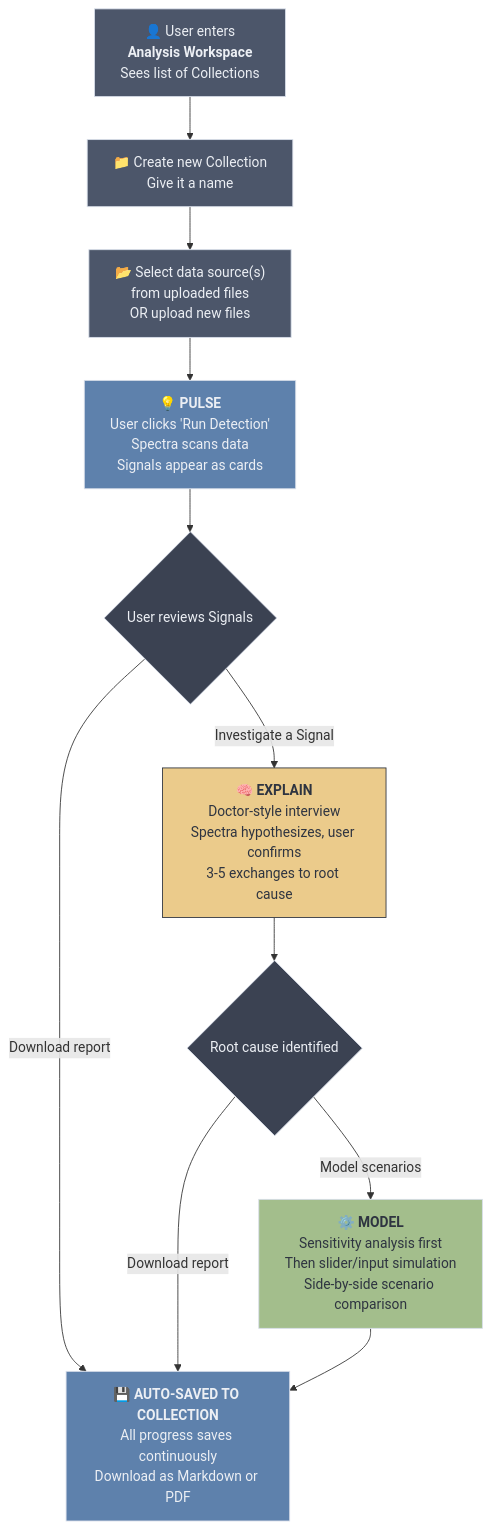
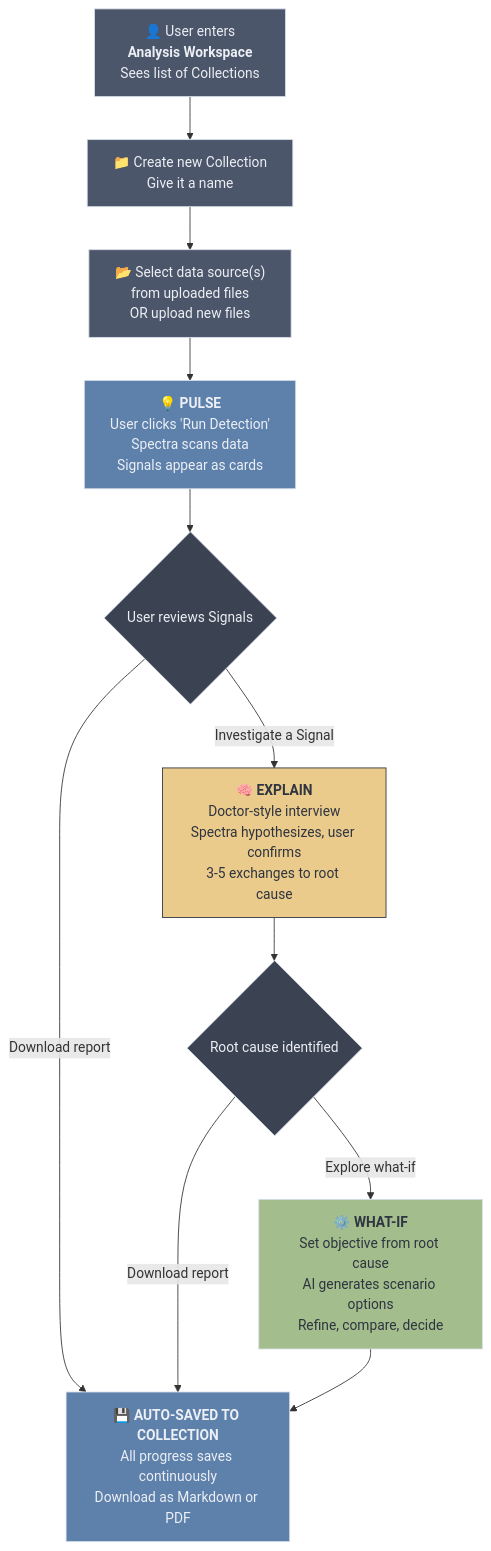
One commit to nuelo-ai/nuelo-spectra changed the fifth of 12 diagrams in requirements/brainstorm-idea-1.md. Above: the diagram before and after it, drawn with Mermaid. The commit also changed other lines of this file and 22 other files, not shown here.

````diff
--- a/requirements/brainstorm-idea-1.md
+++ b/requirements/brainstorm-idea-1.md
@@ -311,32 +317,32 @@
 ```mermaid
 graph TD
     Start["👤 User enters<br/><b>Analysis Workspace</b><br/>Sees list of Collections"] --> Create["📁 Create new Collection<br/>Give it a name"]
     Create --> Pick["📂 Select data source(s)<br/>from uploaded files<br/>OR upload new files"]
     Pick --> Pulse["💡 <b>PULSE</b><br/>User clicks 'Run Detection'<br/>Spectra scans data<br/>Signals appear as cards"]
 
     Pulse --> Choice1{User reviews Signals}
     Choice1 -->|"Download report"| Save
     Choice1 -->|"Investigate a Signal"| Explain
 
     Explain["🧠 <b>EXPLAIN</b><br/>Doctor-style interview<br/>Spectra hypothesizes, user confirms<br/>3-5 exchanges to root cause"]
 
     Explain --> Choice2{Root cause identified}
     Choice2 -->|"Download report"| Save
-    Choice2 -->|"Model scenarios"| Model
+    Choice2 -->|"Explore what-if"| WhatIf
 
-    Model["⚙️ <b>MODEL</b><br/>Sensitivity analysis first<br/>Then slider/input simulation<br/>Side-by-side scenario comparison"]
+    WhatIf["⚙️ <b>WHAT-IF</b><br/>Set objective from root cause<br/>AI generates scenario options<br/>Refine, compare, decide"]
 
-    Model --> Save
+    WhatIf --> Save
 
     Save["💾 <b>AUTO-SAVED TO COLLECTION</b><br/>All progress saves continuously<br/>Download as Markdown or PDF"]
 
     style Start fill:#4C566A,stroke:#D8DEE9,color:#ECEFF4
     style Create fill:#4C566A,stroke:#D8DEE9,color:#ECEFF4
     style Pick fill:#4C566A,stroke:#D8DEE9,color:#ECEFF4
     style Pulse fill:#5E81AC,stroke:#D8DEE9,color:#ECEFF4
     style Explain fill:#EBCB8B,stroke:#2E3440,color:#2E3440
-    style Model fill:#A3BE8C,stroke:#D8DEE9,color:#2E3440
+    style WhatIf fill:#A3BE8C,stroke:#D8DEE9,color:#2E3440
     style Save fill:#5E81AC,stroke:#D8DEE9,color:#ECEFF4
     style Choice1 fill:#3B4252,stroke:#D8DEE9,color:#ECEFF4
     style Choice2 fill:#3B4252,stroke:#D8DEE9,color:#ECEFF4
 ```
````
